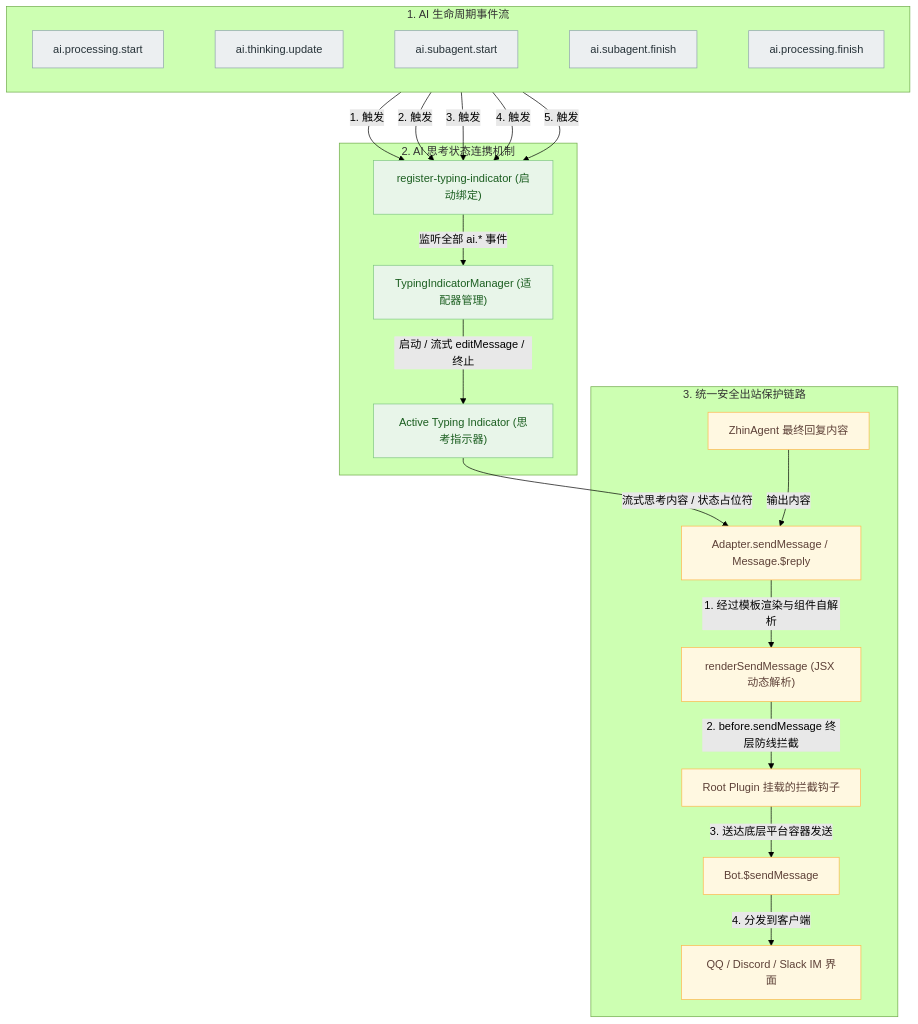
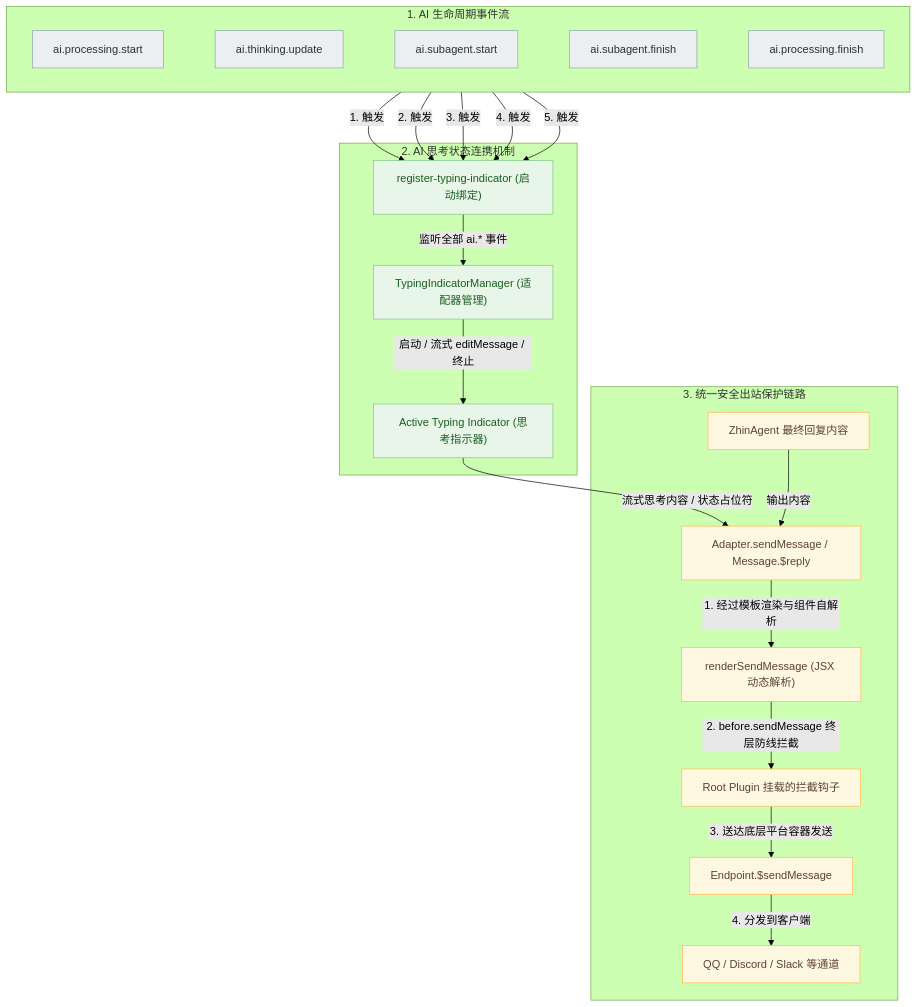
Before and after one commit to zhinjs/zhin: the fourth of 4 diagrams in README.md, drawn with Mermaid (forest theme). The commit also changed other lines of this file and 629 other files, not shown here.

First line of the commit message:
refactor: update terminology from Bot to Endpoint across documentation and codebase

````diff
--- a/README.md
+++ b/README.md
@@ -447,44 +449,44 @@
 ```mermaid
 graph TD
     %% AI 生命周期事件广播
     subgraph EventStream["1. AI 生命周期事件流"]
         direction LR
         Evt_Start["ai.processing.start"] ~~~ Evt_Think["ai.thinking.update"] ~~~ Evt_SubStart["ai.subagent.start"] ~~~ Evt_SubFinish["ai.subagent.finish"] ~~~ Evt_Finish["ai.processing.finish"]
     end
 
     %% 状态自动连携
     subgraph StateBinding["2. AI 思考状态连携机制"]
         RegIndicator["register-typing-indicator (启动绑定)"]
         TIM["TypingIndicatorManager (适配器管理)"]
         ActiveInd["Active Typing Indicator (思考指示器)"]
 
         RegIndicator -->|监听全部 ai.* 事件| TIM
         TIM -->|启动 / 流式 editMessage / 终止| ActiveInd
     end
 
     %% 统一安全出站链路 (IM Send Path)
     subgraph OutboundPipeline["3. 统一安全出站保护链路"]
         ActiveInd -->|流式思考内容 / 状态占位符| SendAPI["Adapter.sendMessage / Message.$reply"]
         ZhinAgentAns["ZhinAgent 最终回复内容"] -->|输出内容| SendAPI
 
         SendAPI -->|1. 经过模板渲染与组件自解析| Render["renderSendMessage (JSX 动态解析)"]
         Render -->|2. before.sendMessage 终层防线拦截| BeforeHook["Root Plugin 挂载的拦截钩子"]
-        BeforeHook -->|3. 送达底层平台容器发送| BotSend["Bot.$sendMessage"]
-        BotSend -->|4. 分发到客户端| Client["QQ / Discord / Slack IM 界面"]
+        BeforeHook -->|3. 送达底层平台容器发送| EndpointSend["Endpoint.$sendMessage"]
+        EndpointSend -->|4. 分发到客户端| Client["QQ / Discord / Slack 等通道"]
     end
 
     %% 事件流到绑定的连动
     Evt_Start -->|1. 触发| RegIndicator
     Evt_Think -->|2. 触发| RegIndicator
     Evt_SubStart -->|3. 触发| RegIndicator
     Evt_SubFinish -->|4. 触发| RegIndicator
     Evt_Finish -->|5. 触发| RegIndicator
 
     classDef stream fill:#eceff1,stroke:#90a4ae,color:#263238
     classDef binding fill:#e8f5e9,stroke:#81c784,color:#1b5e20
     classDef pipeline fill:#fff8e1,stroke:#ffb74d,color:#5d4037
 
     class Evt_Start,Evt_Think,Evt_SubStart,Evt_SubFinish,Evt_Finish stream
     class RegIndicator,TIM,ActiveInd binding
-    class SendAPI,ZhinAgentAns,Render,BeforeHook,BotSend,Client pipeline
+    class SendAPI,ZhinAgentAns,Render,BeforeHook,EndpointSend,Client pipeline
 ```
````
